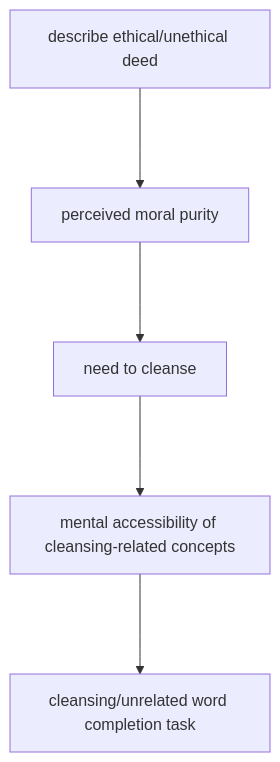
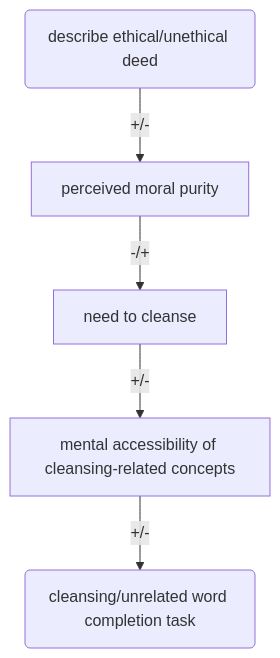
Before and after one commit to psu-psychology/psych-490-reproducibility-2024-fall: the second of 4 diagrams in src/notes/wk04-2024-09-18-replication-lady-macbeth.qmd, drawn with Mermaid. The commit also changed other lines of this file and 2 other files, not shown here.

Commit message:
Minor mods to mermaid figures in 2024-09-18 notes.

````diff
--- a/src/notes/wk04-2024-09-18-replication-lady-macbeth.qmd
+++ b/src/notes/wk04-2024-09-18-replication-lady-macbeth.qmd
@@ -111,7 +126,9 @@
 ```{mermaid}
+%%| label: fig-zhong-2006-study-1
+%%| fig-cap: "Concept diagram of @Zhong2006-nf Study 1. Rounded box edges indicate behaviors or observable states; sharp edges indicate internal states. The minus and plus labels indicate how one construct/concept might influence the next one."
 flowchart TD
-  A[describe ethical/unethical deed] ---> B[perceived moral purity]
-  B ---> E[need to cleanse]
-  E ---> C[mental accessibility of cleansing-related concepts]
-  C ---> D[cleansing/unrelated word completion task]
+  A(describe ethical/unethical deed) -->|+/-| B[perceived moral purity]
+  B -->|-/+| E[need to cleanse]
+  E -->|+/-| C[mental accessibility of cleansing-related concepts]
+  C-->|+/-| D(cleansing/unrelated word completion task)
 ```
````
